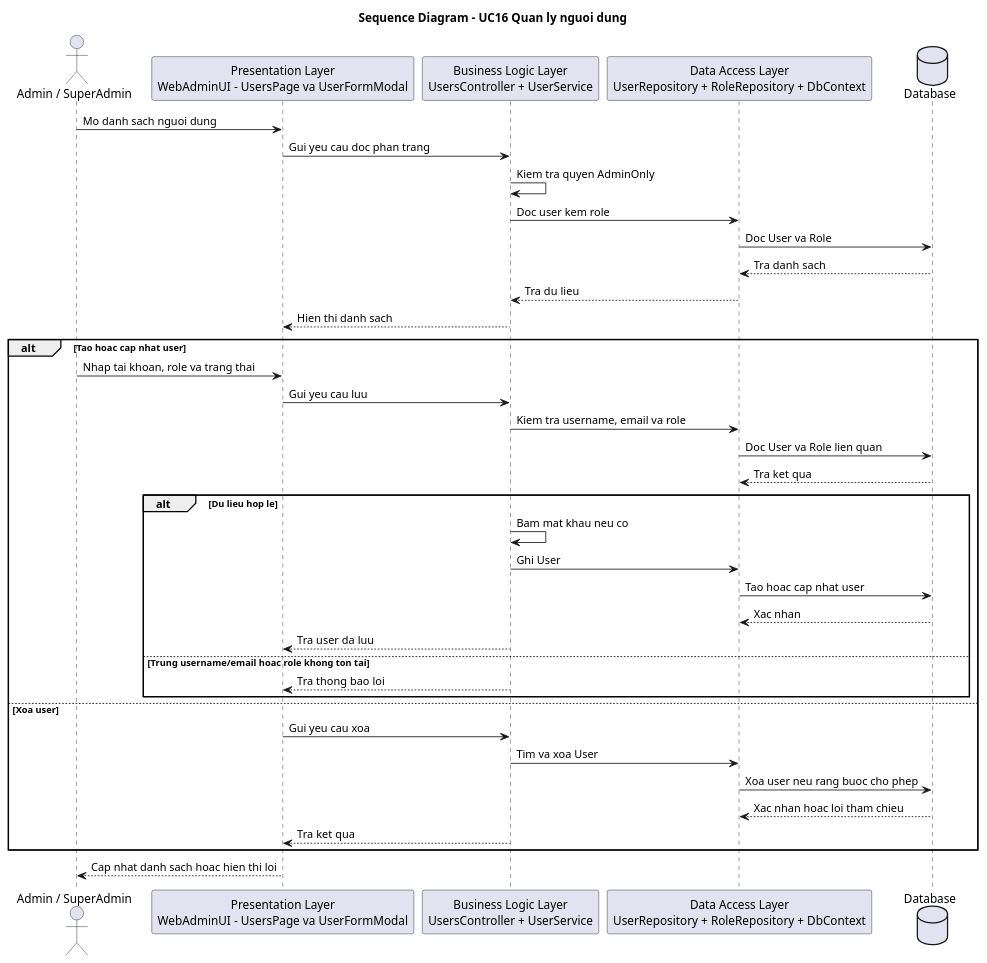
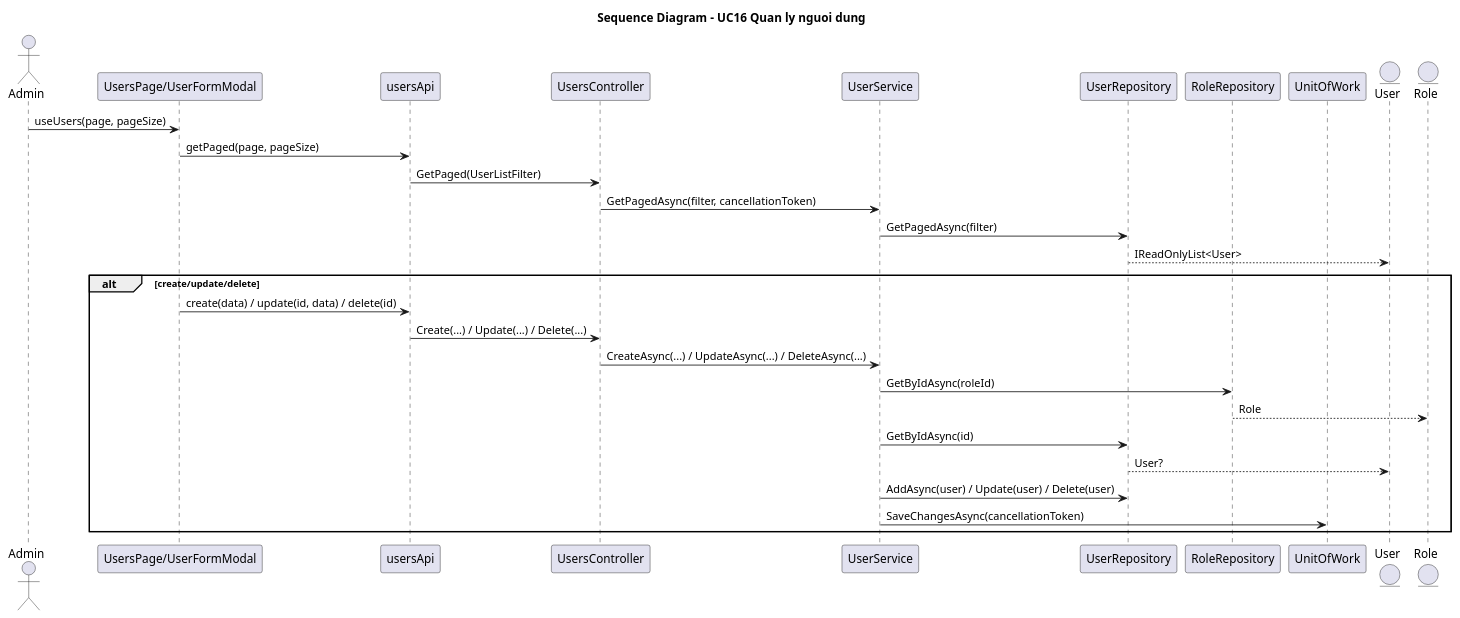
One commit to HPhuc122/VinhHy.AudioTour changed the diagram in docs/plantuml/sequence/UC16_quan_ly_nguoi_dung_sequence.puml. Above: the diagram before and after it, drawn with PlantUML. The commit also changed 47 other files, not shown here.

```diff
--- a/docs/plantuml/sequence/UC16_quan_ly_nguoi_dung_sequence.puml
+++ b/docs/plantuml/sequence/UC16_quan_ly_nguoi_dung_sequence.puml
@@ -1,42 +1,33 @@
 @startuml
 title Sequence Diagram - UC16 Quan ly nguoi dung
 
-actor "Admin / SuperAdmin" as Actor
-participant "Presentation Layer\nWebAdminUI - UsersPage va UserFormModal" as UI
-participant "Business Logic Layer\nUsersController + UserService" as Business
-participant "Data Access Layer\nUserRepository + RoleRepository + DbContext" as DataAccess
-database "Database" as Database
+actor "Admin" as Admin
+participant "UsersPage/UserFormModal" as UsersPage
+participant "usersApi" as UsersApi
+participant "UsersController" as UsersController
+participant "UserService" as UserService
+participant "UserRepository" as UserRepository
+participant "RoleRepository" as RoleRepository
+participant "UnitOfWork" as UnitOfWork
+entity "User" as User
+entity "Role" as Role
 
-Actor -> UI: Mo danh sach nguoi dung
-UI -> Business: Gui yeu cau doc phan trang
-Business -> Business: Kiem tra quyen AdminOnly
-Business -> DataAccess: Doc user kem role
-DataAccess -> Database: Doc User va Role
-Database --> DataAccess: Tra danh sach
-DataAccess --> Business: Tra du lieu
-Business --> UI: Hien thi danh sach
+Admin -> UsersPage: useUsers(page, pageSize)
+UsersPage -> UsersApi: getPaged(page, pageSize)
+UsersApi -> UsersController: GetPaged(UserListFilter)
+UsersController -> UserService: GetPagedAsync(filter, cancellationToken)
+UserService -> UserRepository: GetPagedAsync(filter)
+UserRepository --> User: IReadOnlyList<User>
 
-alt Tao hoac cap nhat user
-  Actor -> UI: Nhap tai khoan, role va trang thai
-  UI -> Business: Gui yeu cau luu
-  Business -> DataAccess: Kiem tra username, email va role
-  DataAccess -> Database: Doc User va Role lien quan
-  Database --> DataAccess: Tra ket qua
-  alt Du lieu hop le
-    Business -> Business: Bam mat khau neu co
-    Business -> DataAccess: Ghi User
-    DataAccess -> Database: Tao hoac cap nhat user
-    Database --> DataAccess: Xac nhan
-    Business --> UI: Tra user da luu
-  else Trung username/email hoac role khong ton tai
-    Business --> UI: Tra thong bao loi
-  end
-else Xoa user
-  UI -> Business: Gui yeu cau xoa
-  Business -> DataAccess: Tim va xoa User
-  DataAccess -> Database: Xoa user neu rang buoc cho phep
-  Database --> DataAccess: Xac nhan hoac loi tham chieu
-  Business --> UI: Tra ket qua
+alt create/update/delete
+  UsersPage -> UsersApi: create(data) / update(id, data) / delete(id)
+  UsersApi -> UsersController: Create(...) / Update(...) / Delete(...)
+  UsersController -> UserService: CreateAsync(...) / UpdateAsync(...) / DeleteAsync(...)
+  UserService -> RoleRepository: GetByIdAsync(roleId)
+  RoleRepository --> Role: Role
+  UserService -> UserRepository: GetByIdAsync(id)
+  UserRepository --> User: User?
+  UserService -> UserRepository: AddAsync(user) / Update(user) / Delete(user)
+  UserService -> UnitOfWork: SaveChangesAsync(cancellationToken)
 end
-UI --> Actor: Cap nhat danh sach hoac hien thi loi
 @enduml
```
